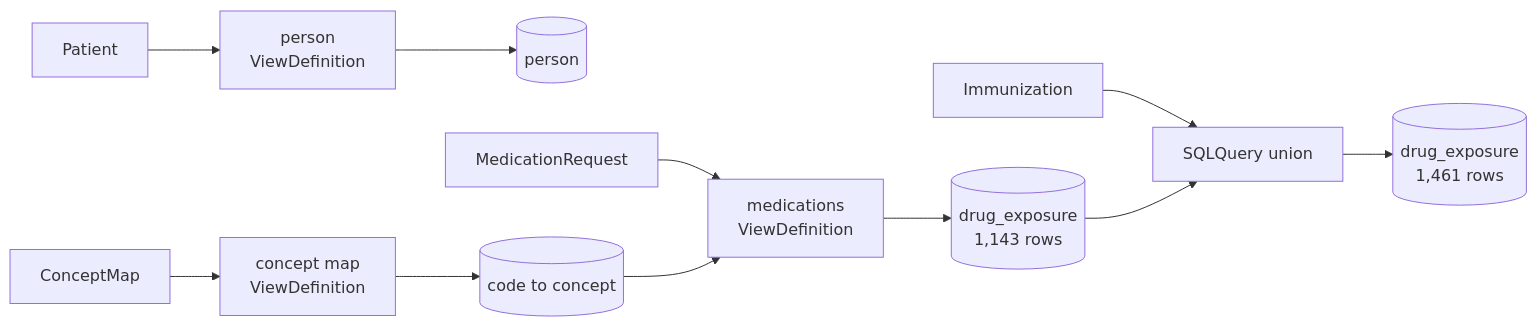
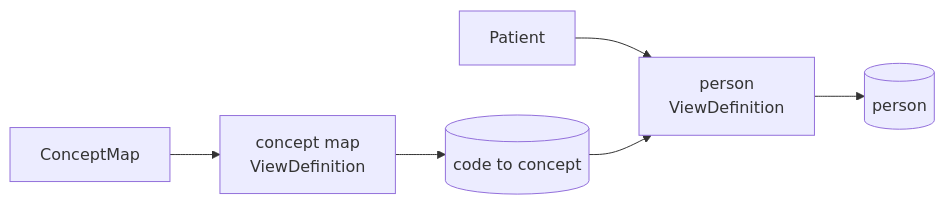
The diagram in web/website/docs/examples/omop-step-by-step.mdx (fhir4ds/fhir4ds), drawn with Mermaid before and after one commit. The commit also changed other lines of this file and 1 other file, not shown here.

First line of the commit message:
docs(examples): one worked example (person), join folded in

````diff
--- a/web/website/docs/examples/omop-step-by-step.mdx
+++ b/web/website/docs/examples/omop-step-by-step.mdx
@@ -26,11 +20,7 @@
 ```mermaid
 flowchart LR
-    Patient[Patient] --> PersonVD[person<br/>ViewDefinition] --> Person[(person)]
+    Patient[Patient] --> VD[person<br/>ViewDefinition]
     ConceptMap[ConceptMap] --> MapVD[concept map<br/>ViewDefinition] --> Map[(code to concept)]
-    MedicationRequest[MedicationRequest] --> MedVD[medications<br/>ViewDefinition]
-    Map --> MedVD
-    MedVD --> Drug[(drug_exposure<br/>1,143 rows)]
-    Immunization[Immunization] --> SQ[SQLQuery union]
-    Drug --> SQ
-    SQ --> All[(drug_exposure<br/>1,461 rows)]
+    Map --> VD
+    VD --> Person[(person)]
 ```
````
